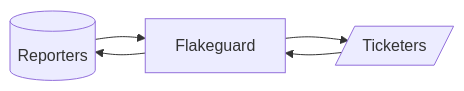
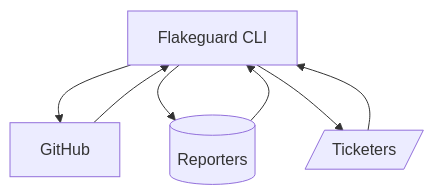
Before and after one commit to smartcontractkit/flakeguard: the first of 2 diagrams in design.md, drawn with Mermaid. The commit also changed other lines of this file and 4 other files, not shown here.

````diff
--- a/design.md
+++ b/design.md
@@ -20,8 +9,14 @@
 ```mermaid
-flowchart LR
-  reps[(Reporters)] --> Flakeguard
-  ticks[/Ticketers/] --> Flakeguard
-  Flakeguard --> reps
-  Flakeguard --> ticks
+flowchart
+  fg[Flakeguard CLI]
+  gh[GitHub]
+  r[(Reporters)]
+  t[/Ticketers/]
 
+  fg --> gh
+  gh --> fg
+  r --> fg
+  fg --> r
+  t --> fg
+  fg --> t
 ```
````
